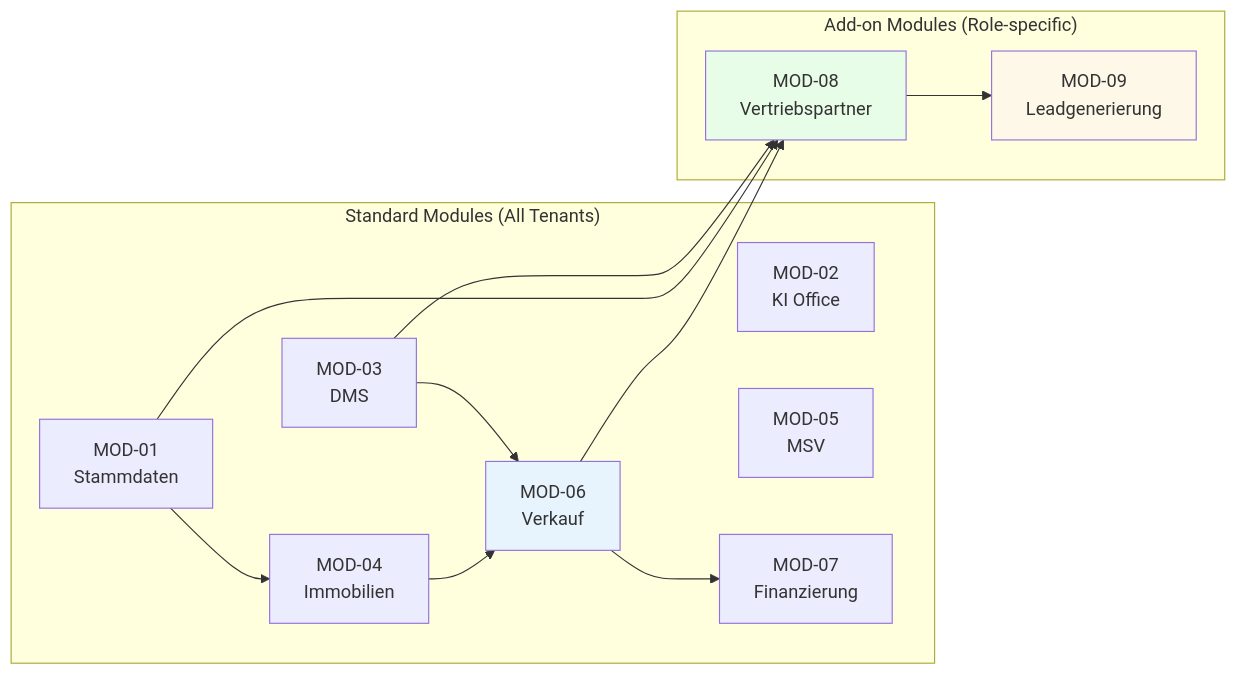
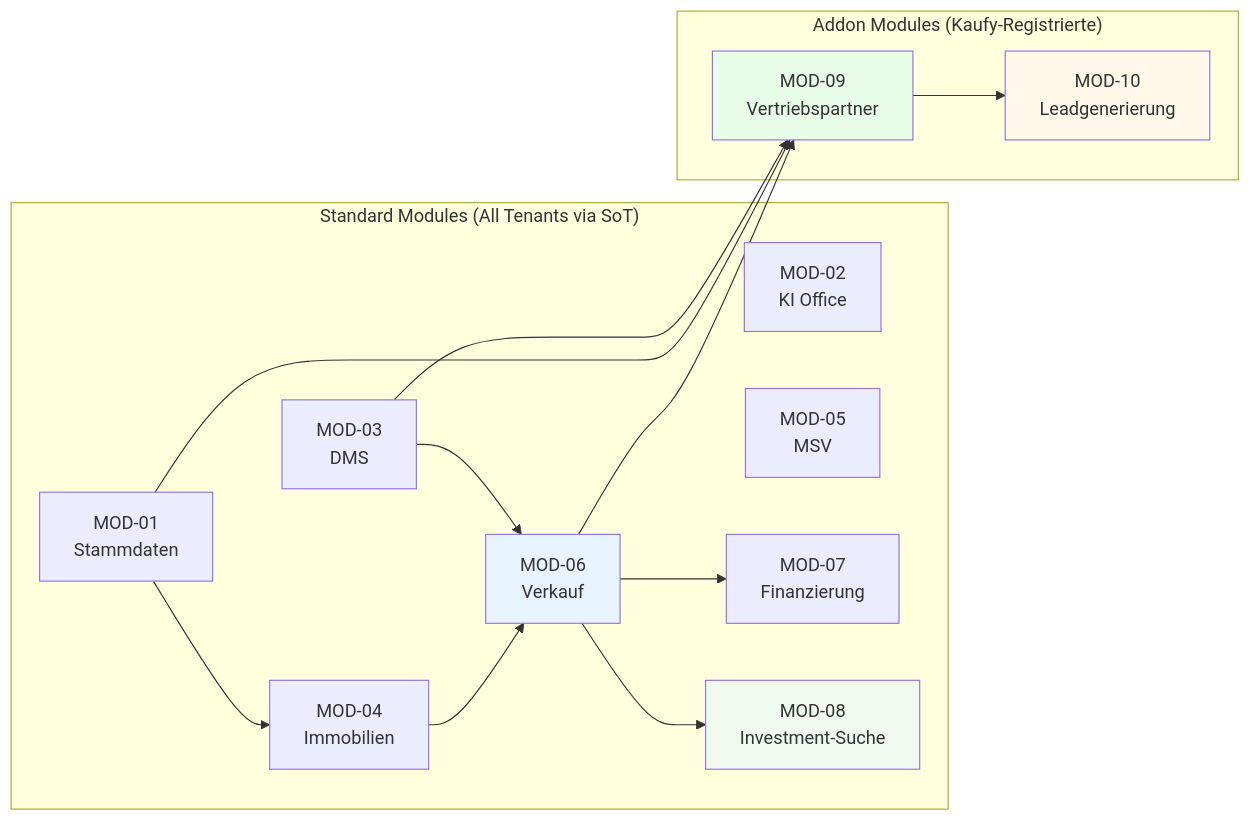
Diagram 18 of 19 in docs/presentation/SYSTEM_DIAGRAM.md (thomasstelzl1981/town-square-platform), drawn with Mermaid before and after one commit. The commit also changed other lines of this file and 4 other files, not shown here.

````diff
--- a/docs/presentation/SYSTEM_DIAGRAM.md
+++ b/docs/presentation/SYSTEM_DIAGRAM.md
@@ -491,30 +586,33 @@
 ```mermaid
 flowchart LR
-    subgraph "Standard Modules (All Tenants)"
+    subgraph "Standard Modules (All Tenants via SoT)"
         M1[MOD-01<br/>Stammdaten]
         M2[MOD-02<br/>KI Office]
         M3[MOD-03<br/>DMS]
         M4[MOD-04<br/>Immobilien]
         M5[MOD-05<br/>MSV]
         M6[MOD-06<br/>Verkauf]
         M7[MOD-07<br/>Finanzierung]
+        M8[MOD-08<br/>Investment-Suche]
     end
     
-    subgraph "Add-on Modules (Role-specific)"
-        M8[MOD-08<br/>Vertriebspartner]
-        M9[MOD-09<br/>Leadgenerierung]
+    subgraph "Addon Modules (Kaufy-Registrierte)"
+        M9[MOD-09<br/>Vertriebspartner]
+        M10[MOD-10<br/>Leadgenerierung]
     end
 
     M4 --> M6
+    M6 --> M9
     M6 --> M8
-    M8 --> M9
+    M9 --> M10
     M6 --> M7
     M1 --> M4
-    M1 --> M8
+    M1 --> M9
     M3 --> M6
-    M3 --> M8
+    M3 --> M9
 
     style M6 fill:#e8f4fd
-    style M8 fill:#e8fde8
-    style M9 fill:#fdf8e8
+    style M8 fill:#f0f9f0
+    style M9 fill:#e8fde8
+    style M10 fill:#fdf8e8
 ```
````
